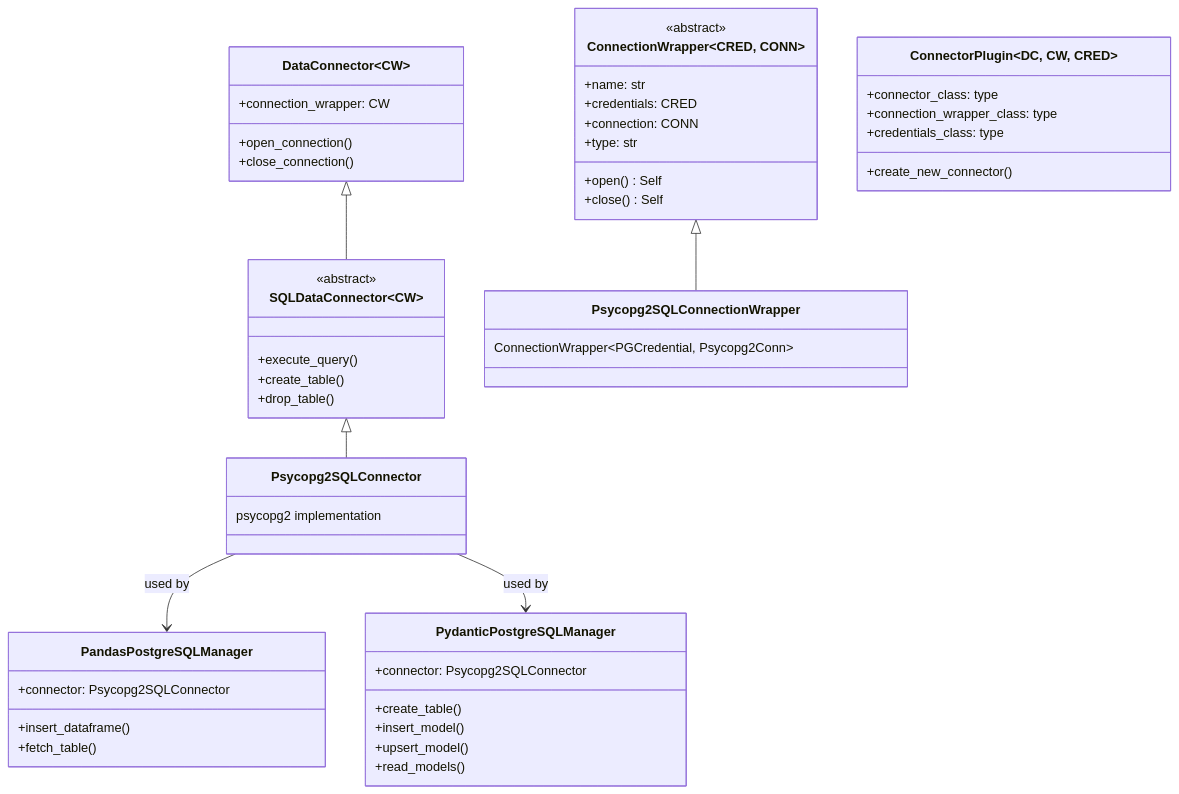
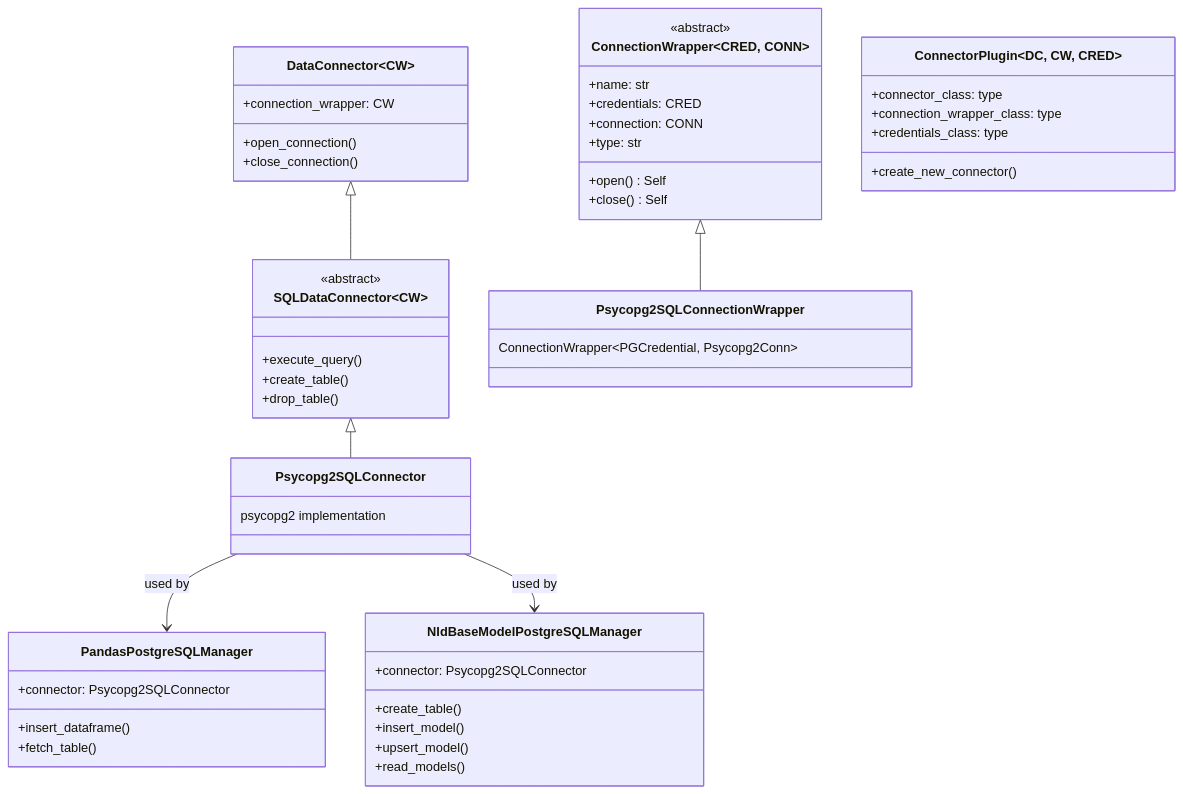
Before and after one commit to nexuslab-data-agents/nld-agents: the diagram in plugins/nld-core-usage/docs/connection/connection-config.md, drawn with Mermaid. The commit also changed other lines of this file and 13 other files, not shown here.

First line of the commit message:
docs(nld-core-usage): deployment guides and how-tos for the flow/structure deploy system (#33)

````diff
--- a/plugins/nld-core-usage/docs/connection/connection-config.md
+++ b/plugins/nld-core-usage/docs/connection/connection-config.md
@@ -505,64 +522,64 @@
 ```mermaid
 classDiagram
     direction TB
 
     class ConnectionWrapper~CRED, CONN~ {
         <<abstract>>
         +name: str
         +credentials: CRED
         +connection: CONN
         +open() Self
         +close() Self
         +type: str
     }
 
     class DataConnector~CW~ {
         +connection_wrapper: CW
         +open_connection()
         +close_connection()
     }
 
     class SQLDataConnector~CW~ {
         <<abstract>>
         +execute_query()
         +create_table()
         +drop_table()
     }
 
     class ConnectorPlugin~DC, CW, CRED~ {
         +connector_class: type
         +connection_wrapper_class: type
         +credentials_class: type
         +create_new_connector()
     }
 
     DataConnector <|-- SQLDataConnector
     SQLDataConnector <|-- Psycopg2SQLConnector
 
     ConnectionWrapper <|-- Psycopg2SQLConnectionWrapper
 
     class Psycopg2SQLConnector {
         psycopg2 implementation
     }
 
     class Psycopg2SQLConnectionWrapper {
         ConnectionWrapper~PGCredential, Psycopg2Conn~
     }
 
     class PandasPostgreSQLManager {
         +connector: Psycopg2SQLConnector
         +insert_dataframe()
         +fetch_table()
     }
 
-    class PydanticPostgreSQLManager {
+    class NldBaseModelPostgreSQLManager {
         +connector: Psycopg2SQLConnector
         +create_table()
         +insert_model()
         +upsert_model()
         +read_models()
     }
 
     Psycopg2SQLConnector --> PandasPostgreSQLManager : used by
-    Psycopg2SQLConnector --> PydanticPostgreSQLManager : used by
+    Psycopg2SQLConnector --> NldBaseModelPostgreSQLManager : used by
 ```
````
